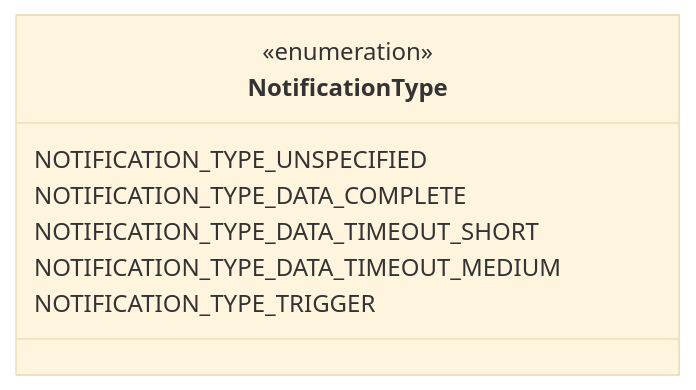
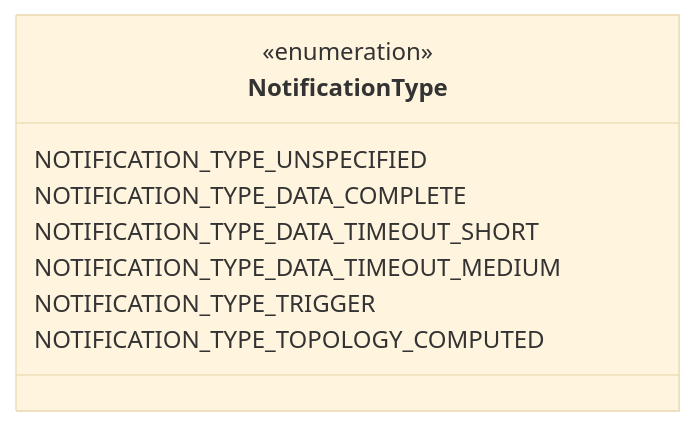
One commit to zaphiro-technologies/protobuf changed the second of 5 diagrams in docs/task.proto.md. Above: the diagram before and after it, drawn with Mermaid (base theme). The commit also changed other lines of this file and 3 other files, not shown here.

First line of the commit message:
Add `NOTIFICATION_TYPE_TOPOLOGY_COMPUTED` (#34)

````diff
--- a/docs/task.proto.md
+++ b/docs/task.proto.md
@@ -76,14 +77,15 @@
 ```mermaid
 classDiagram
 direction LR
 %% The different type of notifications generated by the real time processing.
 
 class NotificationType{
   <<enumeration>>
   NOTIFICATION_TYPE_UNSPECIFIED
   NOTIFICATION_TYPE_DATA_COMPLETE
   NOTIFICATION_TYPE_DATA_TIMEOUT_SHORT
   NOTIFICATION_TYPE_DATA_TIMEOUT_MEDIUM
   NOTIFICATION_TYPE_TRIGGER
+  NOTIFICATION_TYPE_TOPOLOGY_COMPUTED
 }
 ```
````
